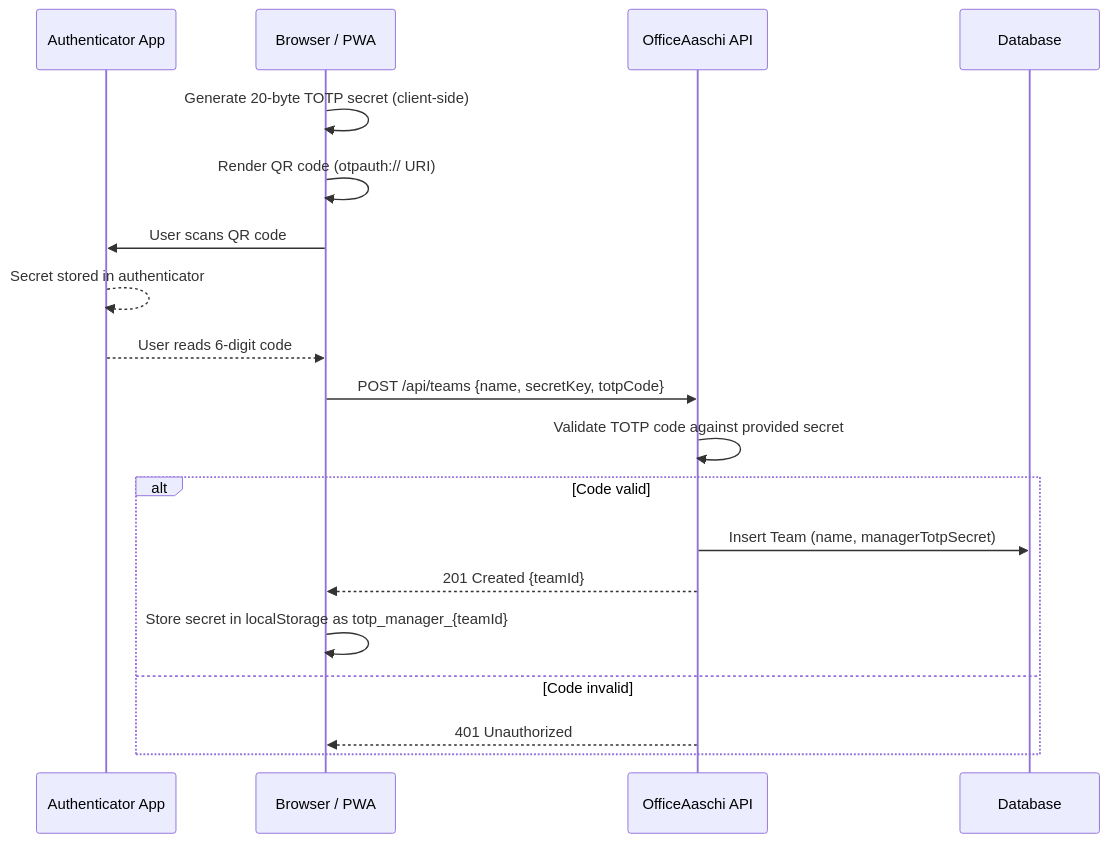
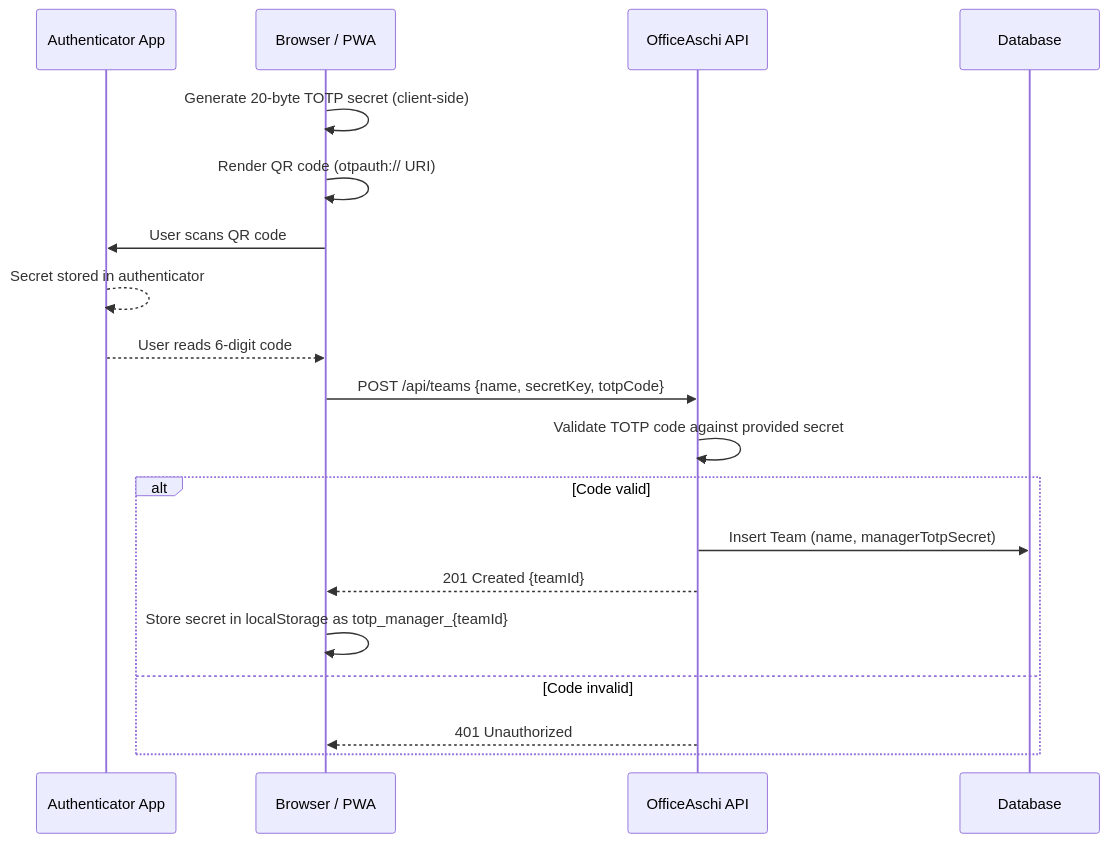
The first of 6 diagrams in src/content/posts/totp-as-primary-auth-system-design.md (arklnd/arklnd.github.io), drawn with Mermaid before and after one commit. The commit also changed other lines of this file, not shown here.

Commit message:
fix: correct spelling of "OfficeAschi" throughout the documentation

````diff
--- a/src/content/posts/totp-as-primary-auth-system-design.md
+++ b/src/content/posts/totp-as-primary-auth-system-design.md
@@ -177,22 +177,22 @@
 ```mermaid
 sequenceDiagram
     participant Auth as Authenticator App
     participant Client as Browser / PWA
-    participant Server as OfficeAaschi API
+    participant Server as OfficeAschi API
     participant DB as Database
 
     Client->>Client: Generate 20-byte TOTP secret (client-side)
     Client->>Client: Render QR code (otpauth:// URI)
     Client->>Auth: User scans QR code
     Auth-->>Auth: Secret stored in authenticator
     Auth-->>Client: User reads 6-digit code
     Client->>Server: POST /api/teams {name, secretKey, totpCode}
     Server->>Server: Validate TOTP code against provided secret
     alt Code valid
         Server->>DB: Insert Team (name, managerTotpSecret)
         Server-->>Client: 201 Created {teamId}
         Client->>Client: Store secret in localStorage as totp_manager_{teamId}
     else Code invalid
         Server-->>Client: 401 Unauthorized
     end
 ```
````
